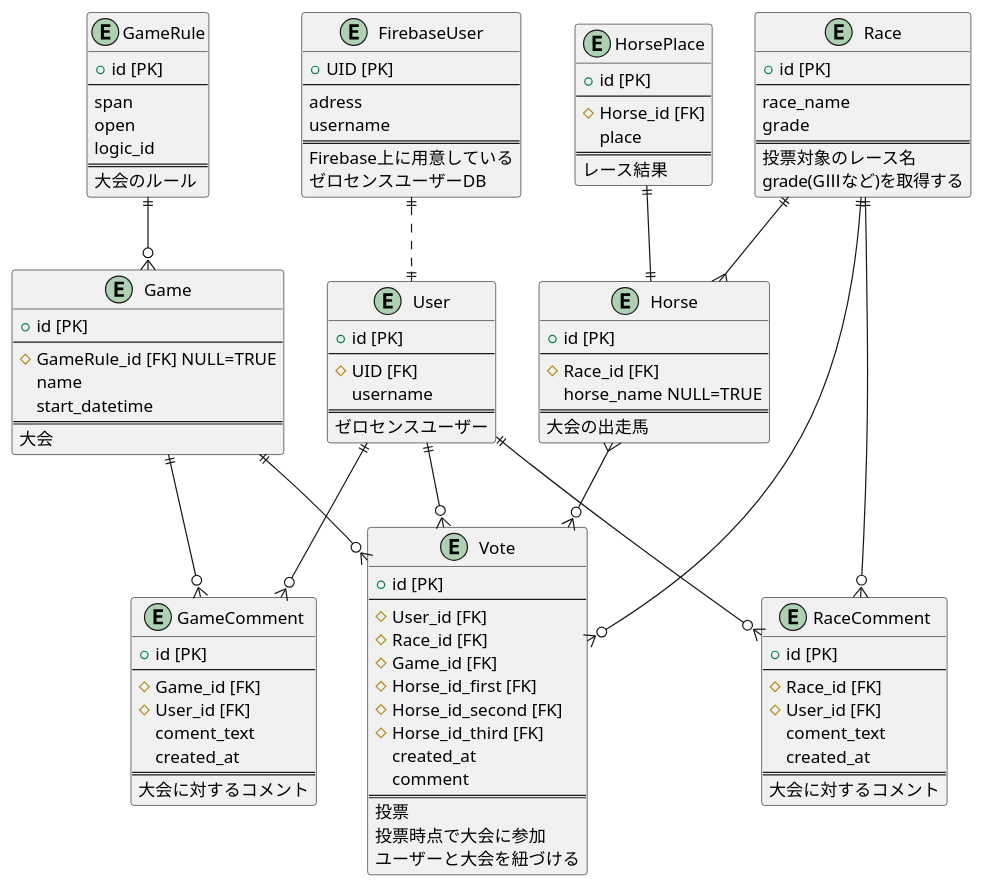
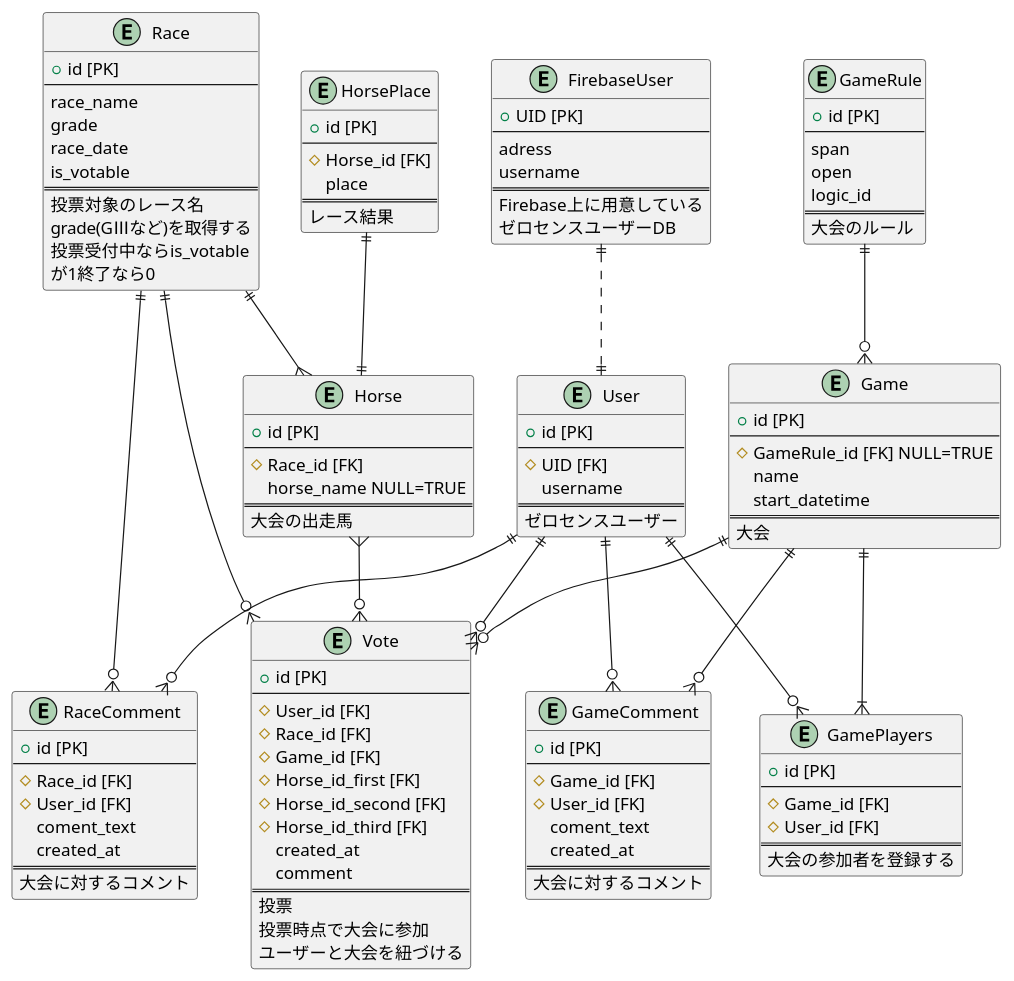
One commit to Kengo106/zerosense changed the diagram in UML/ER.pu. Above: the diagram before and after it, drawn with PlantUML. The commit also changed 29 other files, not shown here.

```diff
--- a/UML/ER.pu
+++ b/UML/ER.pu
@@ -1,124 +1,138 @@
-@startuml ER図
+@startuml 20230810_ER図
 
 
 entity HorsePlace {
   + id [PK]
   --
   # Horse_id [FK]
   place
   ==
   レース結果
 }
 
 entity User {
   + id [PK]
   --
   # UID [FK]
   username
   ==
   ゼロセンスユーザー
 }
 
 entity FirebaseUser {
   + UID [PK]
   --
   adress 
   username
   ==
   Firebase上に用意している
   ゼロセンスユーザーDB
 }
 
 entity Game {
   + id [PK]
   --
   # GameRule_id [FK] NULL=TRUE
   name
   start_datetime
   ==
   大会
 }
 
 entity GameRule {
   + id [PK]
   --
   span
   open
   logic_id
   ==
   大会のルール
 }
 
 entity Vote {
   + id [PK]
   --
   # User_id [FK]
   # Race_id [FK]
   # Game_id [FK]
   # Horse_id_first [FK]
   # Horse_id_second [FK]
   # Horse_id_third [FK]
   created_at
   comment
   ==
   投票
   投票時点で大会に参加
   ユーザーと大会を紐づける
 }
 
 entity Race{
   + id [PK]
   --
   race_name
   grade
+  race_date
+  is_votable
   ==
   投票対象のレース名
   grade(GⅢなど)を取得する  
+  投票受付中ならis_votable
+  が1終了なら0
 }
 
 entity Horse {
   + id [PK]
   --
   # Race_id [FK] 
   horse_name NULL=TRUE
   ==
   大会の出走馬
 }
 
 entity GameComment {
   + id [PK]
   --
   # Game_id [FK]
   # User_id [FK]
   coment_text
   created_at
   ==
   大会に対するコメント
+}
+
+entity GamePlayers {
+  + id [PK]
+  --
+  # Game_id [FK]
+  # User_id [FK]
+  ==
+  大会の参加者を登録する
 }
 
 entity RaceComment {
   + id [PK]
   --
   # Race_id [FK]
   # User_id [FK]
   coment_text
   created_at
   ==
   大会に対するコメント
 }
 
 
 User ||--o{ Vote
 Horse }--o{ Vote
 Race ||--o{ Vote
 Game ||--o{ Vote
 Race ||--{ Horse
 User ||--o{ GameComment
 Game ||--o{ GameComment
 User ||--o{ RaceComment
 Race ||--o{ RaceComment
 GameRule ||--o{ Game
 HorsePlace ||--|| Horse
-FirebaseUser ||..||User
-
+FirebaseUser ||..|| User
+Game ||--|{ GamePlayers
+User ||--o{ GamePlayers
 @enduml
```
